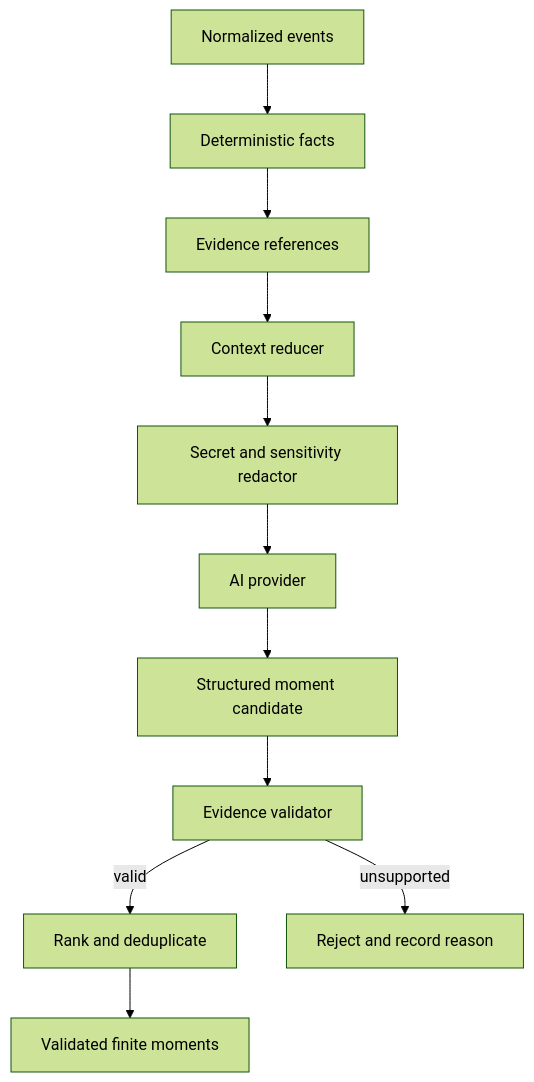
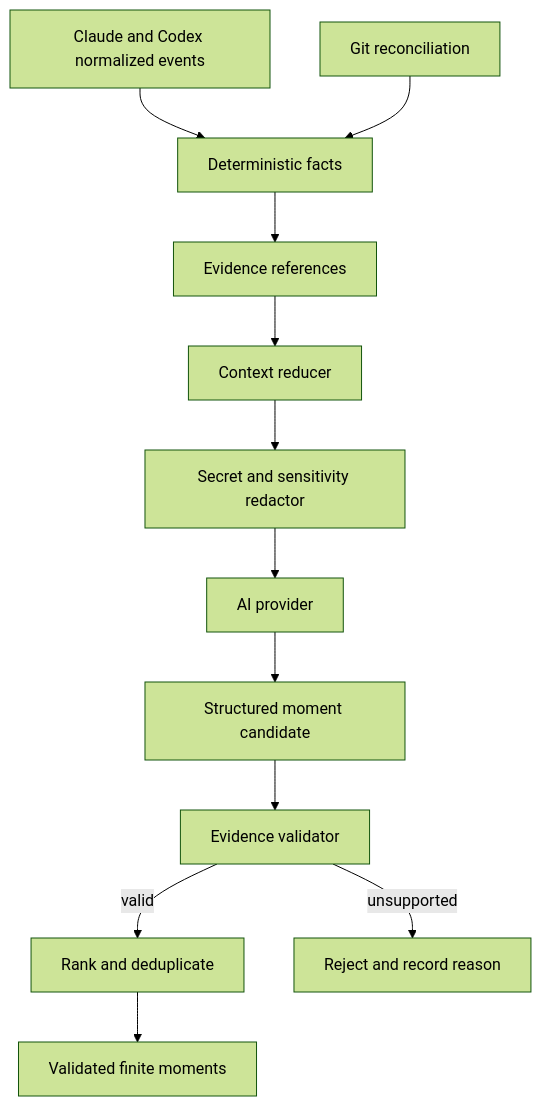
The fifth of 5 diagrams in docs/architecture/C4.md (Emad211/OWNLOOP), drawn with Mermaid (forest theme) before and after one commit. The commit also changed other lines of this file, not shown here.

Commit message:
OL-027: Update C4 model for multi-agent source architecture

````diff
--- a/docs/architecture/C4.md
+++ b/docs/architecture/C4.md
@@ -327,13 +414,14 @@
 ```mermaid
 flowchart TD
-    Events[Normalized events] --> Facts[Deterministic facts]
+    Sources[Claude and Codex normalized events] --> Facts[Deterministic facts]
+    Git[Git reconciliation] --> Facts
     Facts --> Evidence[Evidence references]
     Evidence --> Reducer[Context reducer]
     Reducer --> Redactor[Secret and sensitivity redactor]
     Redactor --> Provider[AI provider]
     Provider --> Candidate[Structured moment candidate]
     Candidate --> Validator[Evidence validator]
     Validator -->|valid| Ranker[Rank and deduplicate]
     Validator -->|unsupported| Reject[Reject and record reason]
     Ranker --> Moments[Validated finite moments]
 ```
````
